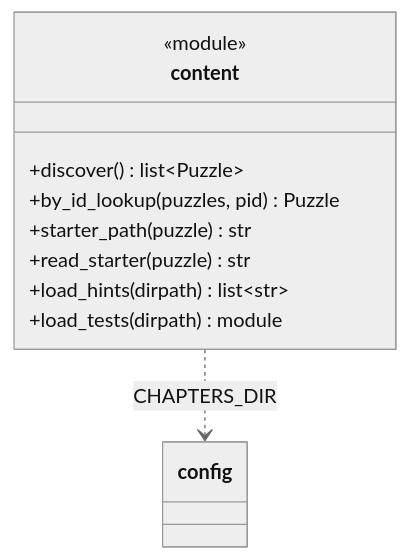
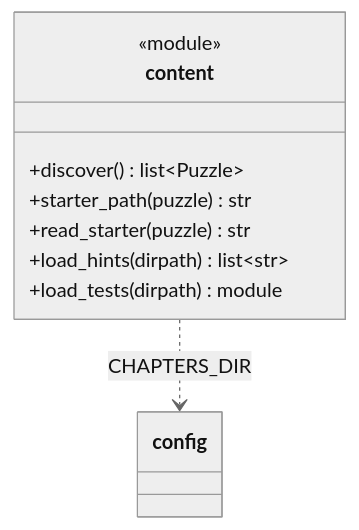
One commit to N041M/PyQuest changed the fifth of 10 diagrams in docs/architecture/engine-core.md. Above: the diagram before and after it, drawn with Mermaid (neutral theme). The commit also changed other lines of this file and 1 other file, not shown here.

Commit message:
Sync architecture docs with the dead-code removal and new self-test
- drop by_id_lookup / random_ints from the content & inputs diagrams
- audit.md: 28/28 self-tests; note the command-registry drift guard and
  the profile-import sanitizer coverage

````diff
--- a/docs/architecture/engine-core.md
+++ b/docs/architecture/engine-core.md
@@ -113,13 +113,12 @@
 ```mermaid
 classDiagram
     class content {
         <<module>>
         +discover() list~Puzzle~
-        +by_id_lookup(puzzles, pid) Puzzle
         +starter_path(puzzle) str
         +read_starter(puzzle) str
         +load_hints(dirpath) list~str~
         +load_tests(dirpath) module
     }
     content ..> config : CHAPTERS_DIR
 ```
````
